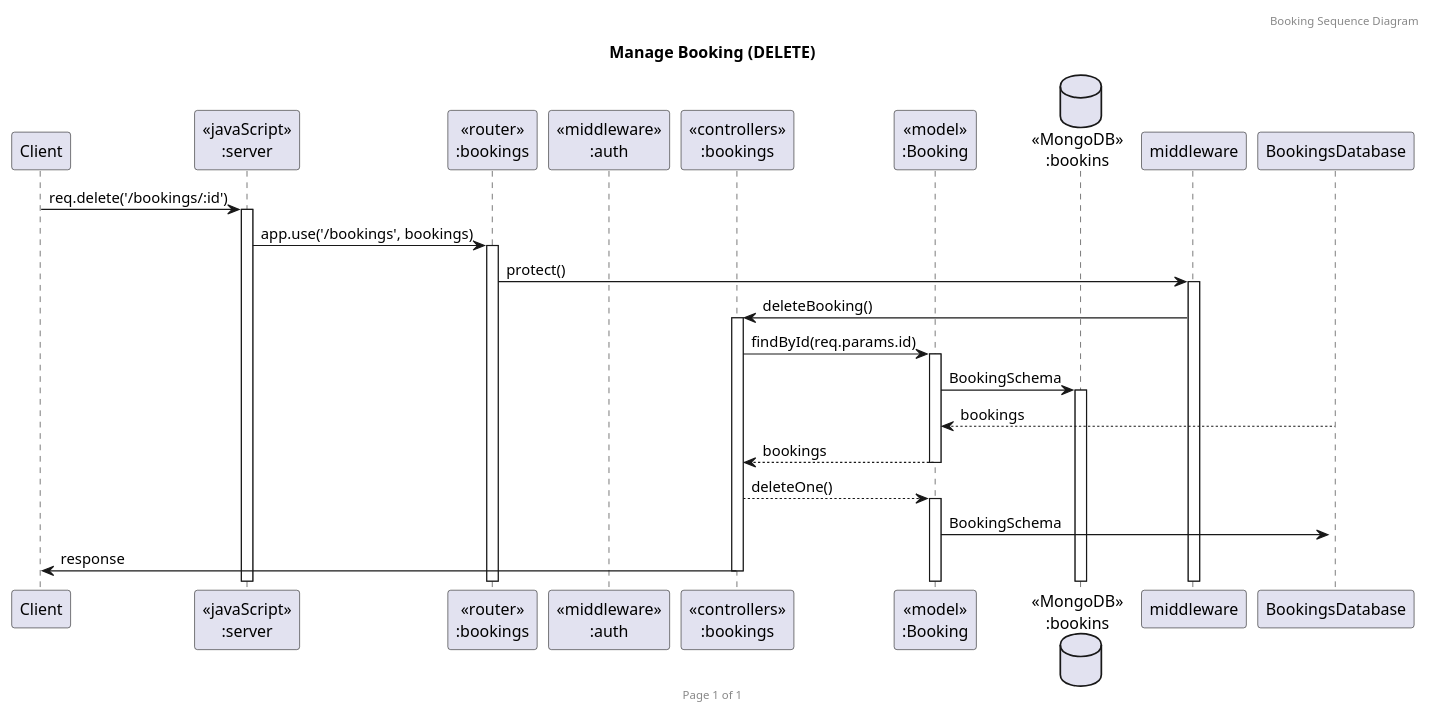
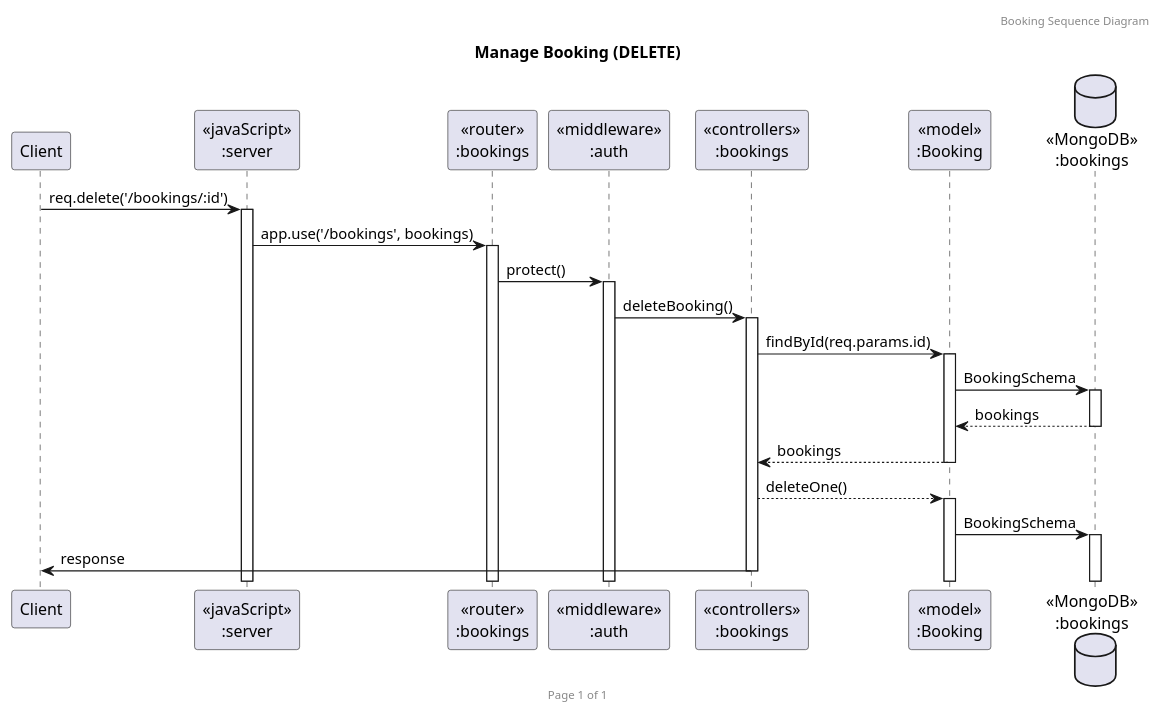
Before and after one commit to 2110503TACEDT66/presentation-day-1-por: the diagram in puml/sequence_diagram/bookings/delete-bookings.puml, drawn with PlantUML. The commit also changed 11 other files, not shown here.

```diff
--- a/puml/sequence_diagram/bookings/delete-bookings.puml
+++ b/puml/sequence_diagram/bookings/delete-bookings.puml
@@ -1,27 +1,27 @@
 @startuml delete-bookings
 
 header Booking Sequence Diagram
 footer Page %page% of %lastpage%
 title "Manage Booking (DELETE)"
 
 participant "Client" as client
 participant "<<javaScript>>\n:server" as server
 participant "<<router>>\n:bookings" as routerBookings
 participant "<<middleware>>\n:auth" as middlewareAuth
 participant "<<controllers>>\n:bookings" as controllersBookings
 participant "<<model>>\n:Booking" as modelBooking
-database "<<MongoDB>>\n:bookins" as bookingsDatabase
+database "<<MongoDB>>\n:bookings" as bookingsDatabase
 
 client->server ++:req.delete('/bookings/:id')
 server->routerBookings ++:app.use('/bookings', bookings)
-routerBookings -> middleware ++: protect()
-middleware -> controllersBookings ++:deleteBooking()
+routerBookings -> middlewareAuth ++: protect()
+middlewareAuth -> controllersBookings ++:deleteBooking()
 controllersBookings -> modelBooking ++: findById(req.params.id)
 modelBooking ->bookingsDatabase ++: BookingSchema
-BookingsDatabase --> modelBooking --: bookings
+bookingsDatabase --> modelBooking --: bookings
 controllersBookings <-- modelBooking --:bookings
 controllersBookings --> modelBooking ++: deleteOne()
-modelBooking -> BookingsDatabase ++: BookingSchema
+modelBooking -> bookingsDatabase ++: BookingSchema
 controllersBookings->client --:response
 
 @enduml
```
